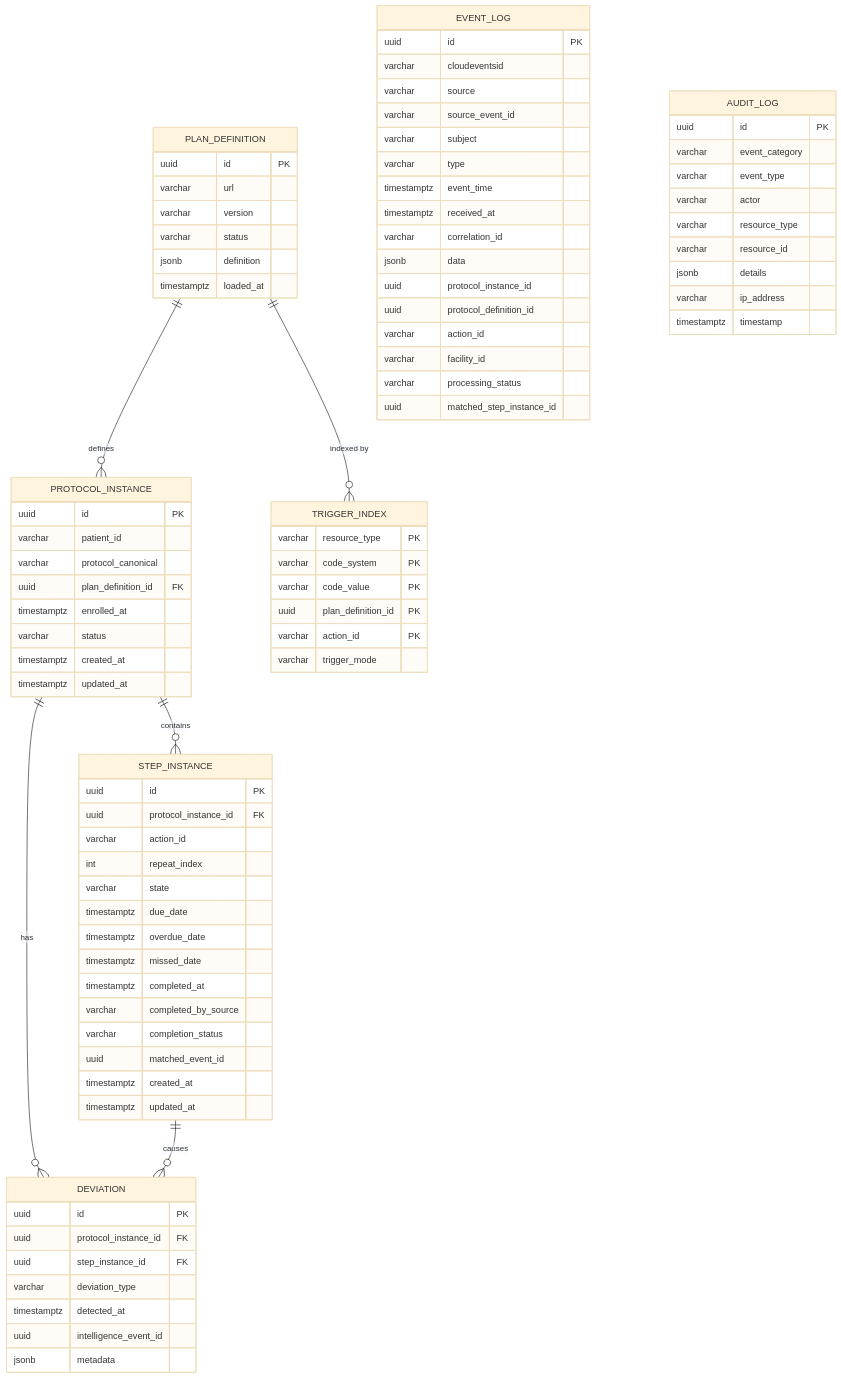
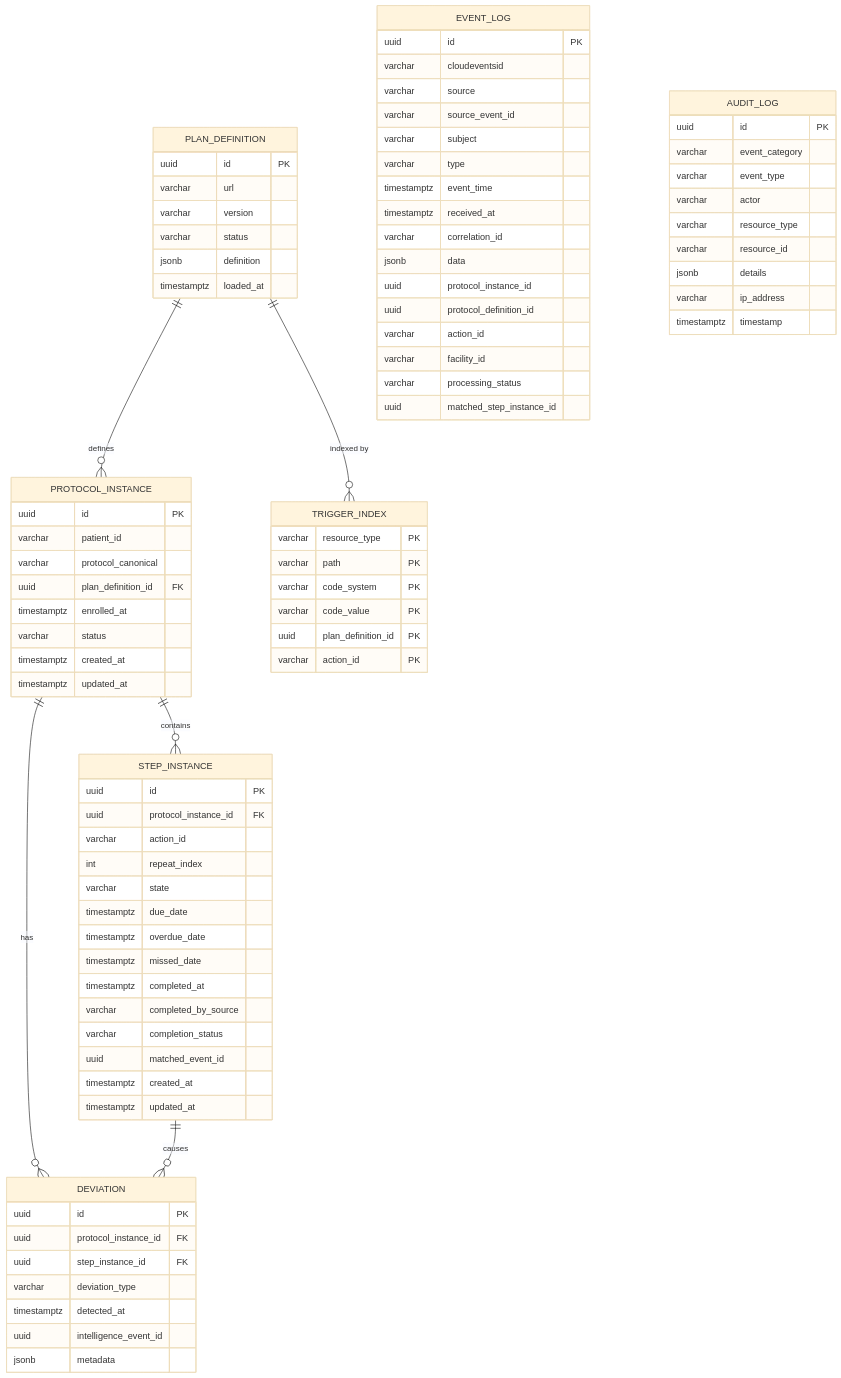
One commit to Jayaprakash8887/cce-compliance-service changed the diagram in docs/data-dictionary.md. Above: the diagram before and after it, drawn with Mermaid (base theme). The commit also changed other lines of this file and 1 other file, not shown here.

```diff
--- a/docs/data-dictionary.md
+++ b/docs/data-dictionary.md
@@ -83,11 +83,11 @@
 
     TRIGGER_INDEX {
         varchar resource_type PK
+        varchar path PK
         varchar code_system PK
         varchar code_value PK
         uuid plan_definition_id PK
         varchar action_id PK
-        varchar trigger_mode
     }
 
     EVENT_LOG {
```
